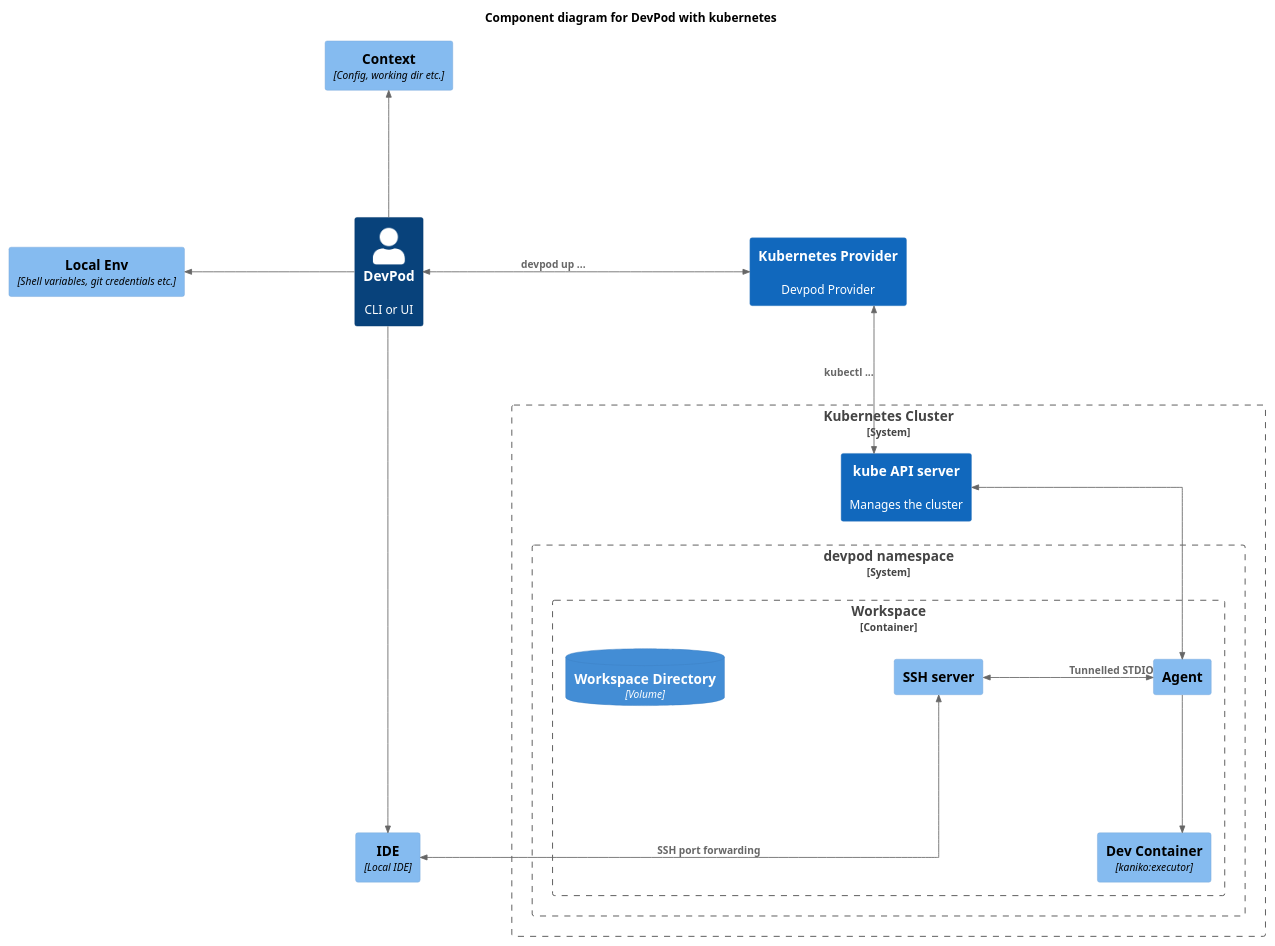
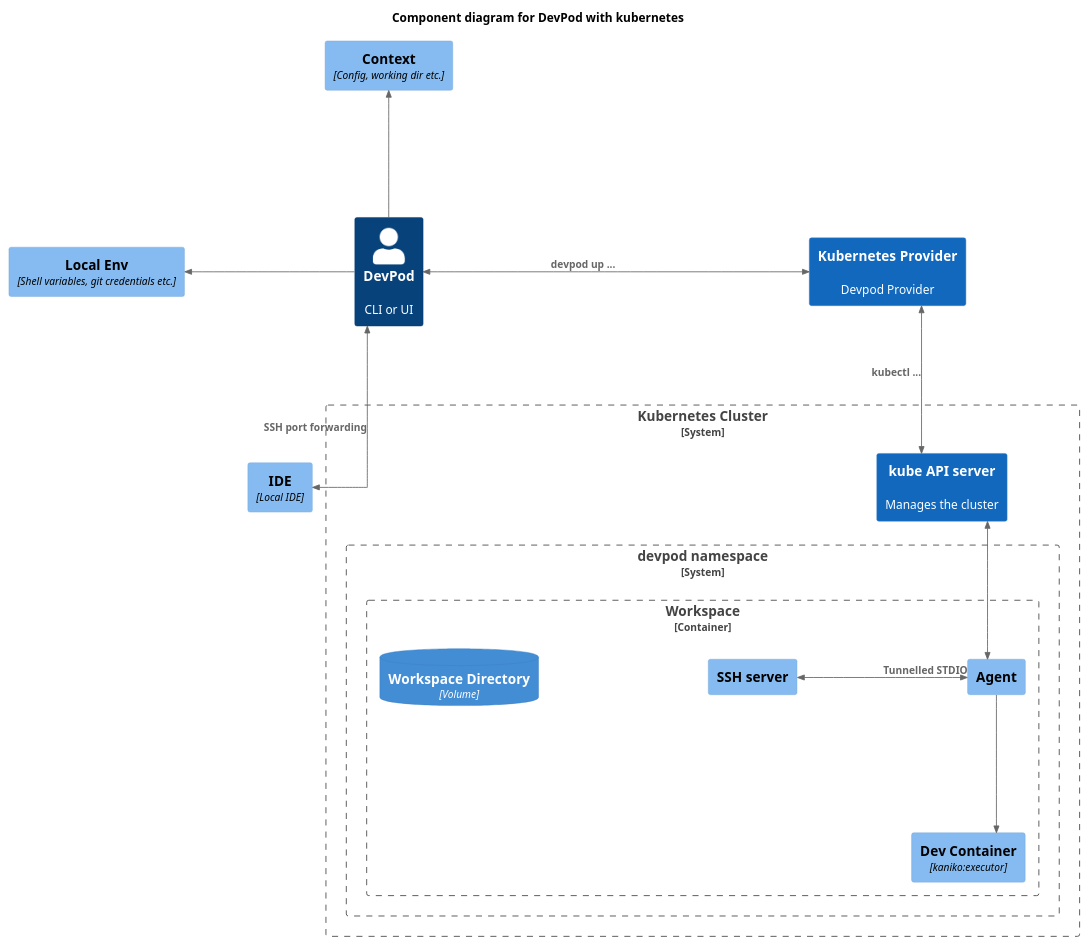
Before and after one commit to loft-sh/devpod: the diagram in docs/uml/c4_k8s.puml, drawn with PlantUML. The commit also changed 9 other files, not shown here.

```diff
--- a/docs/uml/c4_k8s.puml
+++ b/docs/uml/c4_k8s.puml
@@ -1,41 +1,40 @@
 @startuml
 !include https://raw.githubusercontent.com/plantuml-stdlib/C4-PlantUML/master/C4_Component.puml
 
 skinparam linetype ortho
 skinparam nodesep 200
 skinparam ranksep 150
 scale 1920x1080
 
 HIDE_STEREOTYPE()
 LAYOUT_TOP_DOWN()
 
 title Component diagram for DevPod with kubernetes
 
 Person(user, "DevPod", "CLI or UI")
 System(prov, "Kubernetes Provider", "Devpod Provider")
 Component(ide, "IDE", "Local IDE")
 Component(ctx, "Context", "Config, working dir etc.")
 Component(env, "Local Env", "Shell variables, git credentials etc.")
 
 System_Boundary(cluster, "Kubernetes Cluster") {
   System(controlPlane, "kube API server", "Manages the cluster")
   System_Boundary(ns, "devpod namespace") {
     Container_Boundary(ws, "Workspace") {
       Component(runner, "Dev Container", "kaniko:executor")
       Component(agent, "Agent", "")
       Component(ssh, "SSH server", "")
       ContainerDb(dir, "Workspace Directory", "Volume", "")
     }
   }
 }
 
 BiRel_Right(user, prov, "devpod up ...")
 BiRel(prov, controlPlane, " kubectl ...")
 BiRel(controlPlane, agent, " ")
 BiRel_Left(agent, ssh, "Tunnelled STDIO")
 Rel(agent, runner, " ")
-BiRel(ssh, ide, "SSH port forwarding")
-Rel(user, ide, "")
+BiRel(user, ide, "SSH port forwarding")
 Rel_Up(user, ctx, "")
 Rel_Left(user, env, "")
 @enduml
```
